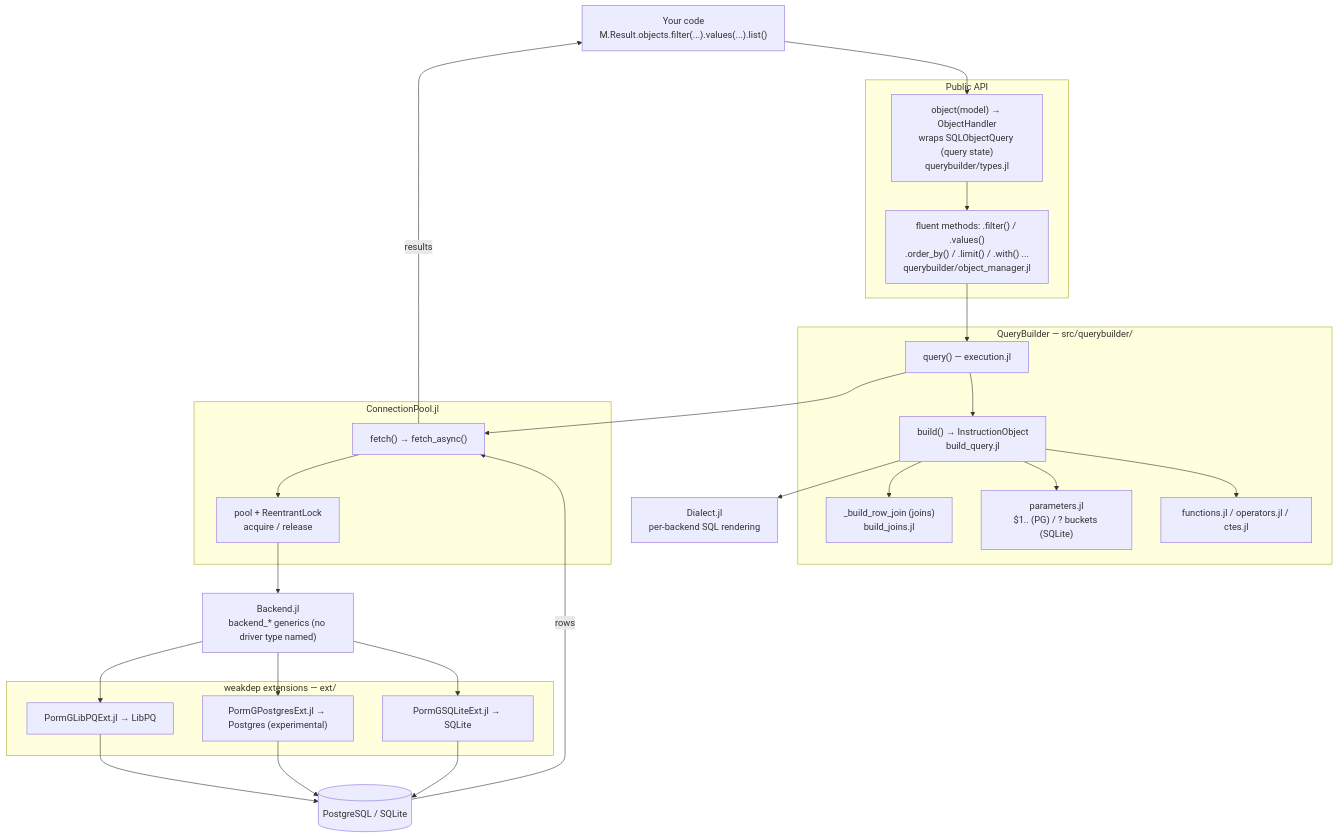
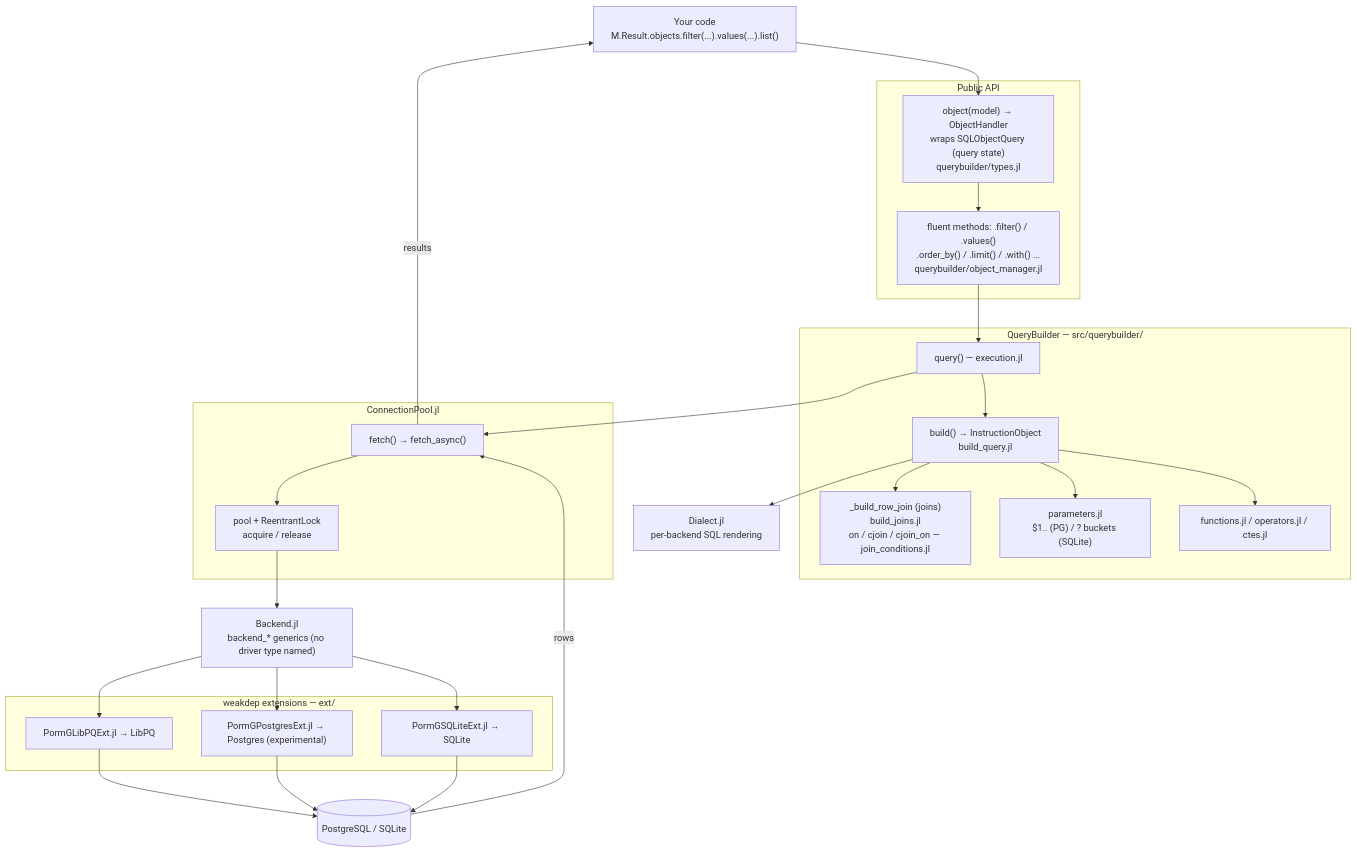
The first of 4 diagrams in docs/src/architecture.md (PingoLee/PormG.jl), drawn with Mermaid before and after one commit. The commit also changed other lines of this file and 11 other files, not shown here.

````diff
--- a/docs/src/architecture.md
+++ b/docs/src/architecture.md
@@ -13,43 +13,43 @@
 ```mermaid
 flowchart TD
   U["Your code<br/>M.Result.objects.filter(...).values(...).list()"]
 
   subgraph API["Public API"]
     OBJ["object(model) → ObjectHandler<br/>wraps SQLObjectQuery (query state)<br/>querybuilder/types.jl"]
     CHAIN["fluent methods: .filter() / .values()<br/>.order_by() / .limit() / .with() ...<br/>querybuilder/object_manager.jl"]
   end
 
   subgraph QB["QueryBuilder — src/querybuilder/"]
     Q["query() — execution.jl"]
     B["build() → InstructionObject<br/>build_query.jl"]
-    J["_build_row_join (joins)<br/>build_joins.jl"]
+    J["_build_row_join (joins)<br/>build_joins.jl<br/>on / cjoin / cjoin_on — join_conditions.jl"]
     P["parameters.jl<br/>$1.. (PG) / ? buckets (SQLite)"]
     F["functions.jl / operators.jl / ctes.jl"]
   end
 
   DI["Dialect.jl<br/>per-backend SQL rendering"]
 
   subgraph CP["ConnectionPool.jl"]
     FE["fetch() → fetch_async()"]
     POOL["pool + ReentrantLock<br/>acquire / release"]
   end
 
   BK["Backend.jl<br/>backend_* generics (no driver type named)"]
   subgraph EXT["weakdep extensions — ext/"]
     PG["PormGLibPQExt.jl → LibPQ"]
     PJ["PormGPostgresExt.jl → Postgres (experimental)"]
     SL["PormGSQLiteExt.jl → SQLite"]
   end
   DB[("PostgreSQL / SQLite")]
 
   U --> OBJ --> CHAIN --> Q --> B
   B --> J
   B --> P
   B --> F
   B --> DI
   Q --> FE --> POOL --> BK
   BK --> PG --> DB
   BK --> PJ --> DB
   BK --> SL --> DB
   DB -->|rows| FE -->|results| U
 ```
````
